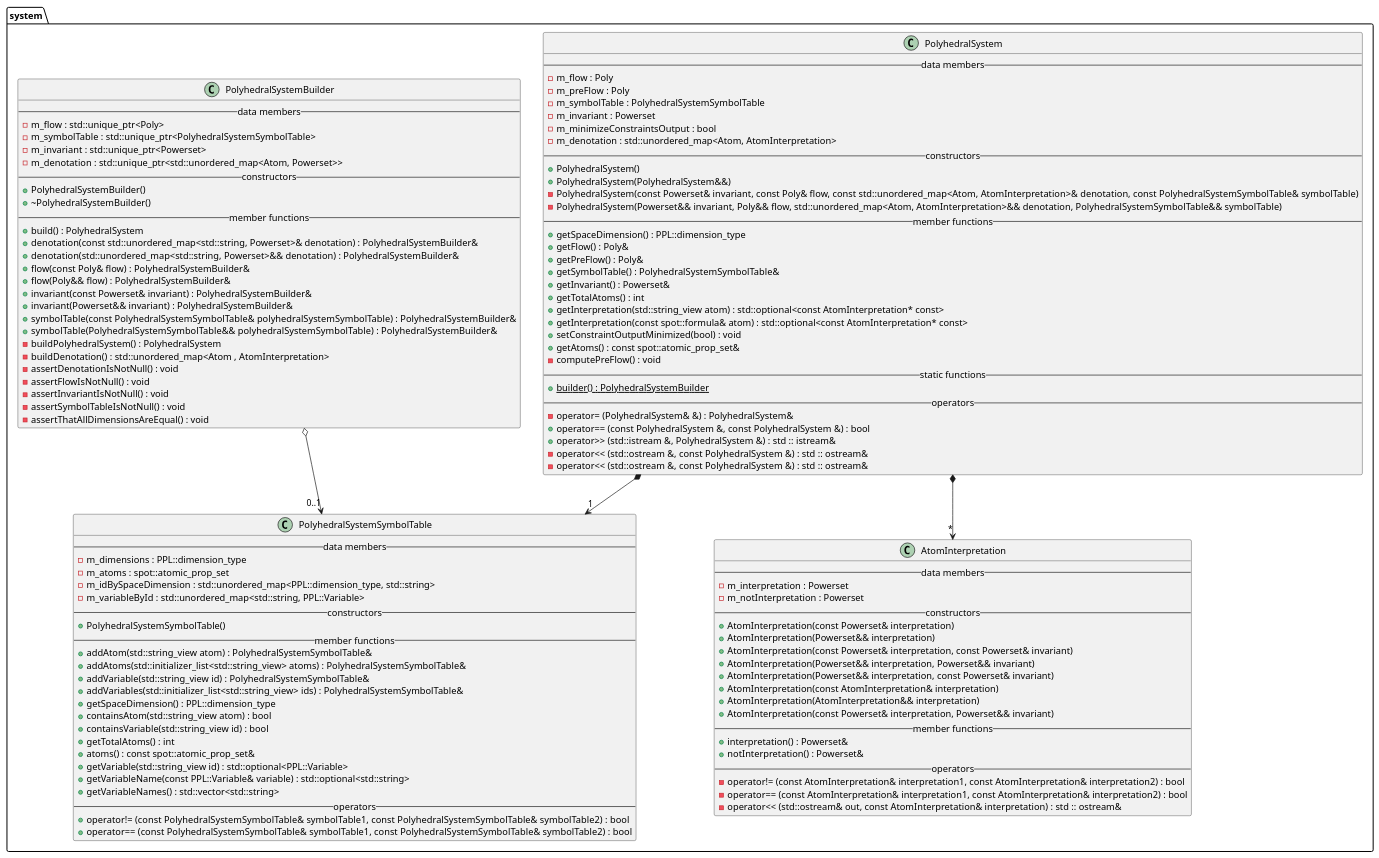
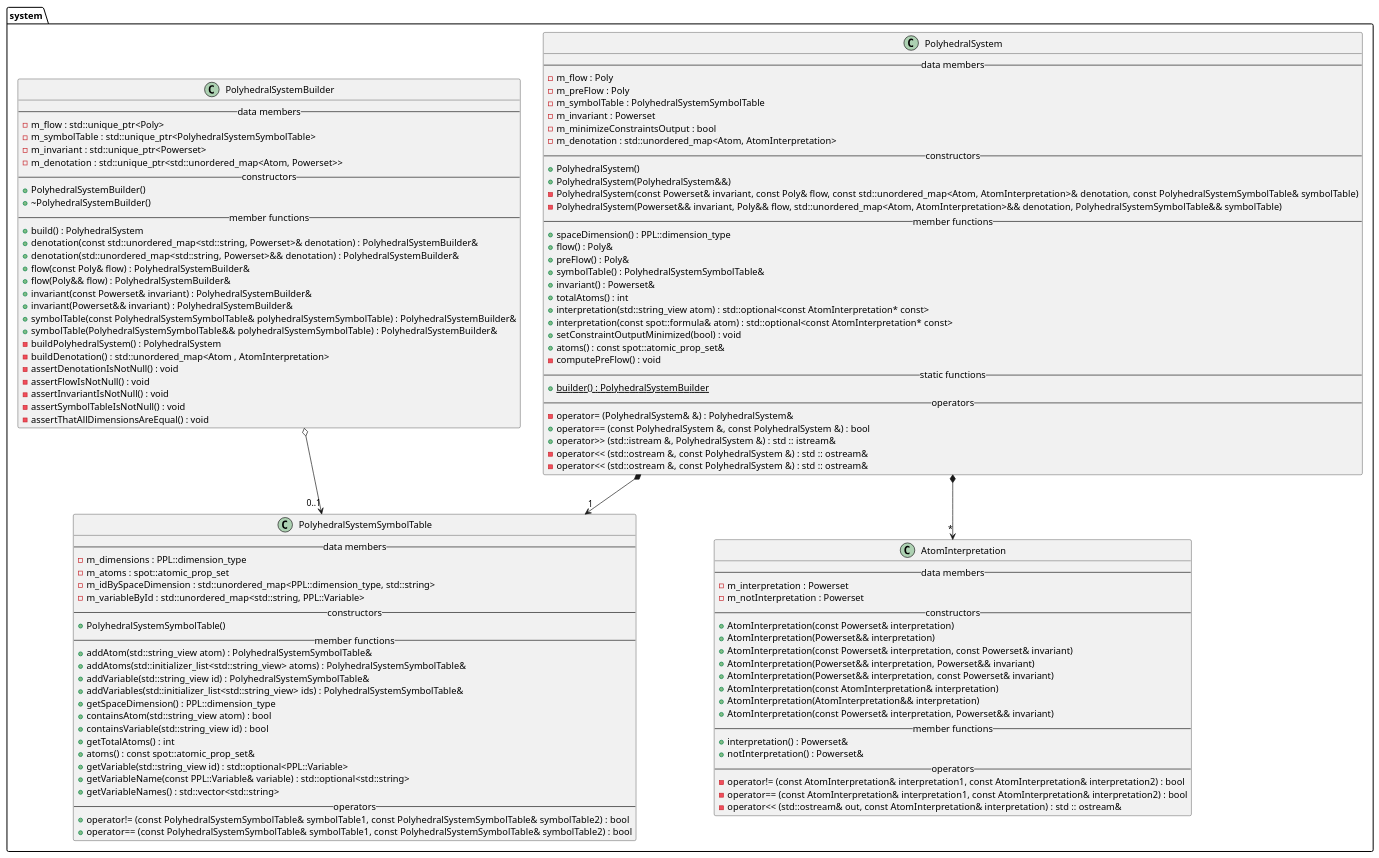
Before and after one commit to vtramo/rtl-mc: the diagram in docs/plantuml/system.puml, drawn with PlantUML. The commit also changed 19 other files, not shown here.

First line of the commit message:
refactor: remove "get" prefix from method names in PolyhedralSystem

```diff
--- a/docs/plantuml/system.puml
+++ b/docs/plantuml/system.puml
@@ -1,118 +1,118 @@
 @startuml
 package system {
     class AtomInterpretation {
         --data members--
         -m_interpretation : Powerset
         -m_notInterpretation : Powerset
         --constructors--
         +AtomInterpretation(const Powerset& interpretation)
         +AtomInterpretation(Powerset&& interpretation)
         +AtomInterpretation(const Powerset& interpretation, const Powerset& invariant)
         +AtomInterpretation(Powerset&& interpretation, Powerset&& invariant)
         +AtomInterpretation(Powerset&& interpretation, const Powerset& invariant)
         +AtomInterpretation(const AtomInterpretation& interpretation)
         +AtomInterpretation(AtomInterpretation&& interpretation)
         +AtomInterpretation(const Powerset& interpretation, Powerset&& invariant)
         --member functions--
         +interpretation() : Powerset&
         +notInterpretation() : Powerset&
         --operators--
         -operator!= (const AtomInterpretation& interpretation1, const AtomInterpretation& interpretation2) : bool
         -operator== (const AtomInterpretation& interpretation1, const AtomInterpretation& interpretation2) : bool
         -operator<< (std::ostream& out, const AtomInterpretation& interpretation) : std :: ostream&
     }
 
     class PolyhedralSystem {
         --data members--
         -m_flow : Poly
         -m_preFlow : Poly
         -m_symbolTable : PolyhedralSystemSymbolTable
         -m_invariant : Powerset
         -m_minimizeConstraintsOutput : bool
         -m_denotation : std::unordered_map<Atom, AtomInterpretation>
         --constructors--
         +PolyhedralSystem()
         +PolyhedralSystem(PolyhedralSystem&&)
         -PolyhedralSystem(const Powerset& invariant, const Poly& flow, const std::unordered_map<Atom, AtomInterpretation>& denotation, const PolyhedralSystemSymbolTable& symbolTable)
         -PolyhedralSystem(Powerset&& invariant, Poly&& flow, std::unordered_map<Atom, AtomInterpretation>&& denotation, PolyhedralSystemSymbolTable&& symbolTable)
         --member functions--
-        +getSpaceDimension() : PPL::dimension_type
-        +getFlow() : Poly&
-        +getPreFlow() : Poly&
-        +getSymbolTable() : PolyhedralSystemSymbolTable&
-        +getInvariant() : Powerset&
-        +getTotalAtoms() : int
-        +getInterpretation(std::string_view atom) : std::optional<const AtomInterpretation* const>
-        +getInterpretation(const spot::formula& atom) : std::optional<const AtomInterpretation* const>
+        +spaceDimension() : PPL::dimension_type
+        +flow() : Poly&
+        +preFlow() : Poly&
+        +symbolTable() : PolyhedralSystemSymbolTable&
+        +invariant() : Powerset&
+        +totalAtoms() : int
+        +interpretation(std::string_view atom) : std::optional<const AtomInterpretation* const>
+        +interpretation(const spot::formula& atom) : std::optional<const AtomInterpretation* const>
         +setConstraintOutputMinimized(bool) : void
-        +getAtoms() : const spot::atomic_prop_set&
+        +atoms() : const spot::atomic_prop_set&
         -computePreFlow() : void
         --static functions--
         +{static} builder() : PolyhedralSystemBuilder
         --operators--
         -operator= (PolyhedralSystem& &) : PolyhedralSystem&
         +operator== (const PolyhedralSystem &, const PolyhedralSystem &) : bool
         +operator>> (std::istream &, PolyhedralSystem &) : std :: istream&
         -operator<< (std::ostream &, const PolyhedralSystem &) : std :: ostream&
         -operator<< (std::ostream &, const PolyhedralSystem &) : std :: ostream&
     }
 
     class PolyhedralSystemBuilder {
         --data members--
         -m_flow : std::unique_ptr<Poly>
         -m_symbolTable : std::unique_ptr<PolyhedralSystemSymbolTable>
         -m_invariant : std::unique_ptr<Powerset>
         -m_denotation : std::unique_ptr<std::unordered_map<Atom, Powerset>>
         --constructors--
         +PolyhedralSystemBuilder()
         +~PolyhedralSystemBuilder()
         --member functions--
         +build() : PolyhedralSystem
         +denotation(const std::unordered_map<std::string, Powerset>& denotation) : PolyhedralSystemBuilder&
         +denotation(std::unordered_map<std::string, Powerset>&& denotation) : PolyhedralSystemBuilder&
         +flow(const Poly& flow) : PolyhedralSystemBuilder&
         +flow(Poly&& flow) : PolyhedralSystemBuilder&
         +invariant(const Powerset& invariant) : PolyhedralSystemBuilder&
         +invariant(Powerset&& invariant) : PolyhedralSystemBuilder&
         +symbolTable(const PolyhedralSystemSymbolTable& polyhedralSystemSymbolTable) : PolyhedralSystemBuilder&
         +symbolTable(PolyhedralSystemSymbolTable&& polyhedralSystemSymbolTable) : PolyhedralSystemBuilder&
         -buildPolyhedralSystem() : PolyhedralSystem
         -buildDenotation() : std::unordered_map<Atom , AtomInterpretation>
         -assertDenotationIsNotNull() : void
         -assertFlowIsNotNull() : void
         -assertInvariantIsNotNull() : void
         -assertSymbolTableIsNotNull() : void
         -assertThatAllDimensionsAreEqual() : void
     }
 
     class PolyhedralSystemSymbolTable {
         --data members--
         -m_dimensions : PPL::dimension_type
         -m_atoms : spot::atomic_prop_set
         -m_idBySpaceDimension : std::unordered_map<PPL::dimension_type, std::string>
         -m_variableById : std::unordered_map<std::string, PPL::Variable>
         --constructors--
         +PolyhedralSystemSymbolTable()
         --member functions--
         +addAtom(std::string_view atom) : PolyhedralSystemSymbolTable&
         +addAtoms(std::initializer_list<std::string_view> atoms) : PolyhedralSystemSymbolTable&
         +addVariable(std::string_view id) : PolyhedralSystemSymbolTable&
         +addVariables(std::initializer_list<std::string_view> ids) : PolyhedralSystemSymbolTable&
         +getSpaceDimension() : PPL::dimension_type
         +containsAtom(std::string_view atom) : bool
         +containsVariable(std::string_view id) : bool
         +getTotalAtoms() : int
         +atoms() : const spot::atomic_prop_set&
         +getVariable(std::string_view id) : std::optional<PPL::Variable>
         +getVariableName(const PPL::Variable& variable) : std::optional<std::string>
         +getVariableNames() : std::vector<std::string>
         --operators--
         +operator!= (const PolyhedralSystemSymbolTable& symbolTable1, const PolyhedralSystemSymbolTable& symbolTable2) : bool
         +operator== (const PolyhedralSystemSymbolTable& symbolTable1, const PolyhedralSystemSymbolTable& symbolTable2) : bool
     }
 
     PolyhedralSystem *-->"*" AtomInterpretation
     PolyhedralSystem *-->"1" PolyhedralSystemSymbolTable
     PolyhedralSystemBuilder o-->"0..1" PolyhedralSystemSymbolTable
 }
 @enduml
```
